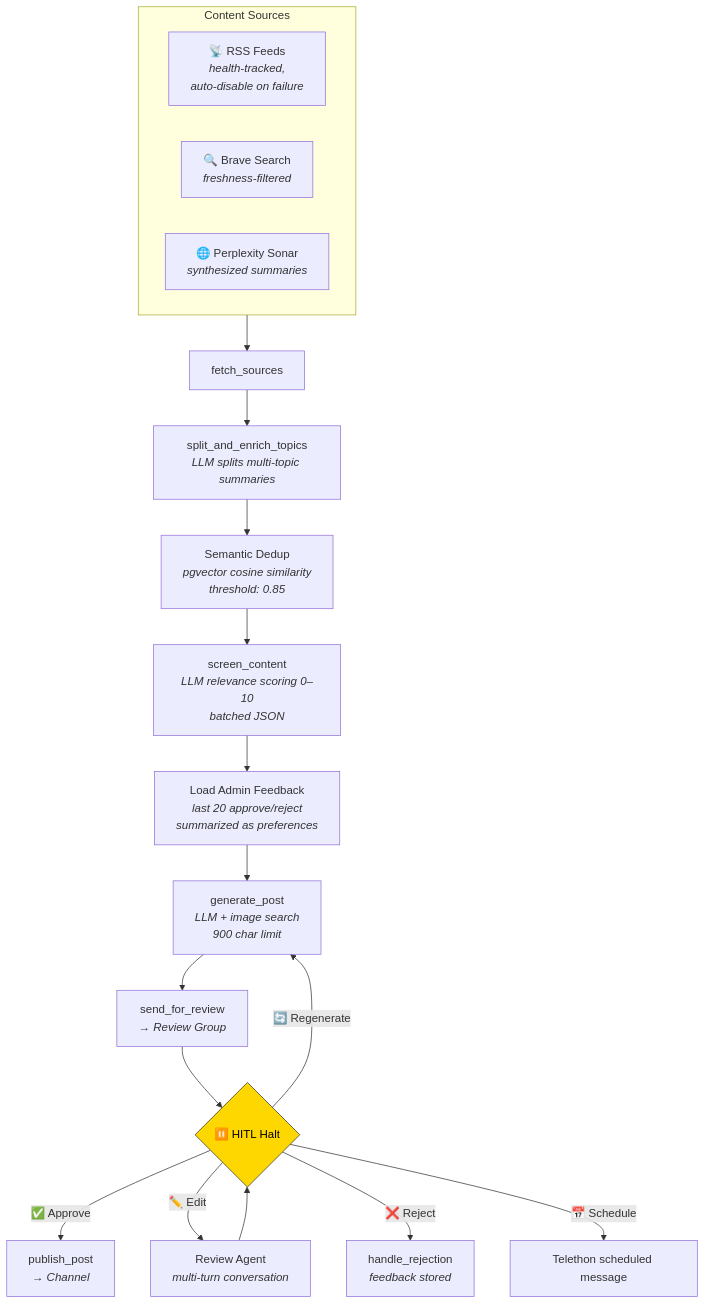
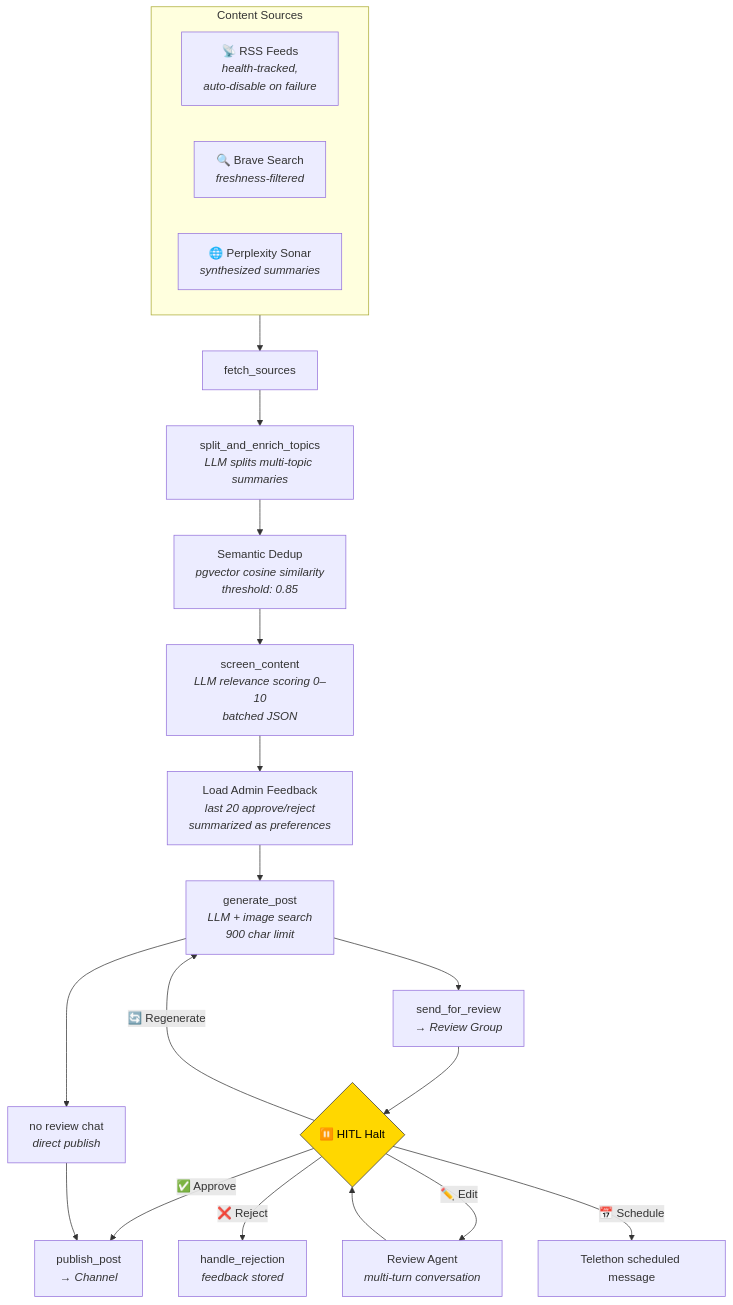
The fourth of 4 diagrams in README.md (vsem-azamat/supervisor-telegram), drawn with Mermaid before and after one commit. The commit also changed other lines of this file and 9 other files, not shown here.

````diff
--- a/README.md
+++ b/README.md
@@ -125,25 +154,27 @@
 ```mermaid
 flowchart TB
     subgraph Sources["Content Sources"]
         RSS["📡 RSS Feeds<br/><i>health-tracked,<br/>auto-disable on failure</i>"]
         Brave["🔍 Brave Search<br/><i>freshness-filtered</i>"]
         Sonar["🌐 Perplexity Sonar<br/><i>synthesized summaries</i>"]
     end
 
     Sources --> Fetch["fetch_sources"]
     Fetch --> Split["split_and_enrich_topics<br/><i>LLM splits multi-topic summaries</i>"]
     Split --> Dedup["Semantic Dedup<br/><i>pgvector cosine similarity</i><br/><i>threshold: 0.85</i>"]
     Dedup --> Screen["screen_content<br/><i>LLM relevance scoring 0–10</i><br/><i>batched JSON</i>"]
     Screen --> Feedback["Load Admin Feedback<br/><i>last 20 approve/reject<br/>summarized as preferences</i>"]
     Feedback --> Generate["generate_post<br/><i>LLM + image search</i><br/><i>900 char limit</i>"]
     Generate --> Review["send_for_review<br/><i>→ Review Group</i>"]
+    Generate --> Direct["no review chat<br/><i>direct publish</i>"]
     Review --> HITL{"⏸️ HITL Halt"}
     HITL -->|"✅ Approve"| Publish["publish_post<br/><i>→ Channel</i>"]
+    Direct --> Publish
     HITL -->|"✏️ Edit"| Agent["Review Agent<br/><i>multi-turn conversation</i>"]
     Agent --> HITL
     HITL -->|"❌ Reject"| Reject["handle_rejection<br/><i>feedback stored</i>"]
     HITL -->|"🔄 Regenerate"| Generate
     HITL -->|"📅 Schedule"| Schedule["Telethon scheduled message"]
 
     style HITL fill:#ffd700,stroke:#333,color:#000
 ```
````
